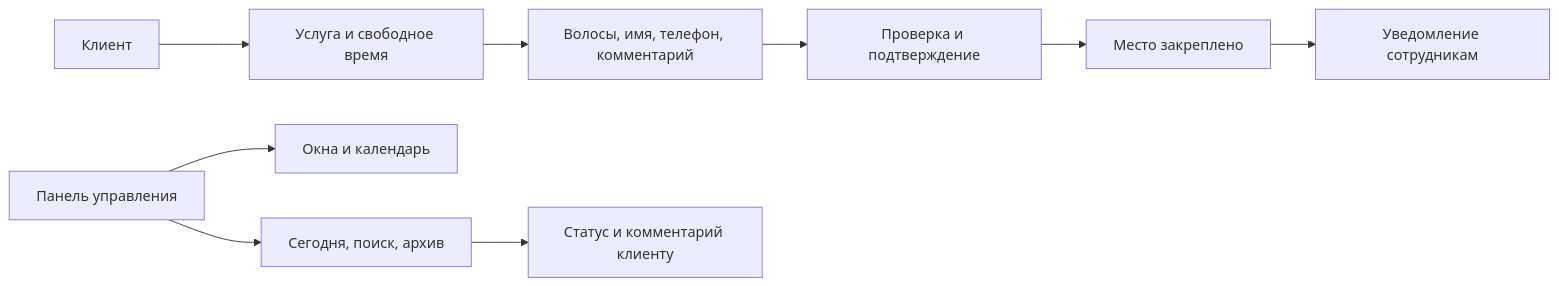
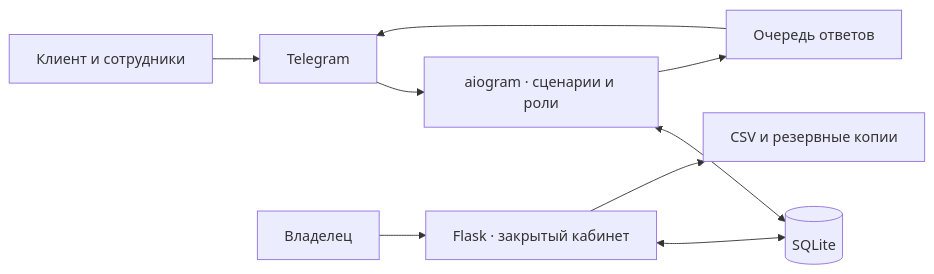
The diagram in README.md (chikbob/jemchuzhina-bot), drawn with Mermaid before and after one commit. The commit also changed other lines of this file and 6 other files, not shown here.

````diff
--- a/README.md
+++ b/README.md
@@ -13,11 +83,11 @@
 ```mermaid
 flowchart LR
-    A[Клиент] --> B[Услуга и свободное время]
-    B --> C[Волосы, имя, телефон, комментарий]
-    C --> D[Проверка и подтверждение]
-    D --> E[Место закреплено]
-    E --> F[Уведомление сотрудникам]
-    G[Панель управления] --> H[Окна и календарь]
-    G --> I[Сегодня, поиск, архив]
-    I --> J[Статус и комментарий клиенту]
+    Client[Клиент и сотрудники] --> TG[Telegram]
+    TG --> Bot[aiogram · сценарии и роли]
+    Bot <--> DB[(SQLite)]
+    Bot --> Queue[Очередь ответов]
+    Queue --> TG
+    Owner[Владелец] --> Web[Flask · закрытый кабинет]
+    Web <--> DB
+    Web --> Export[CSV и резервные копии]
 ```
````
